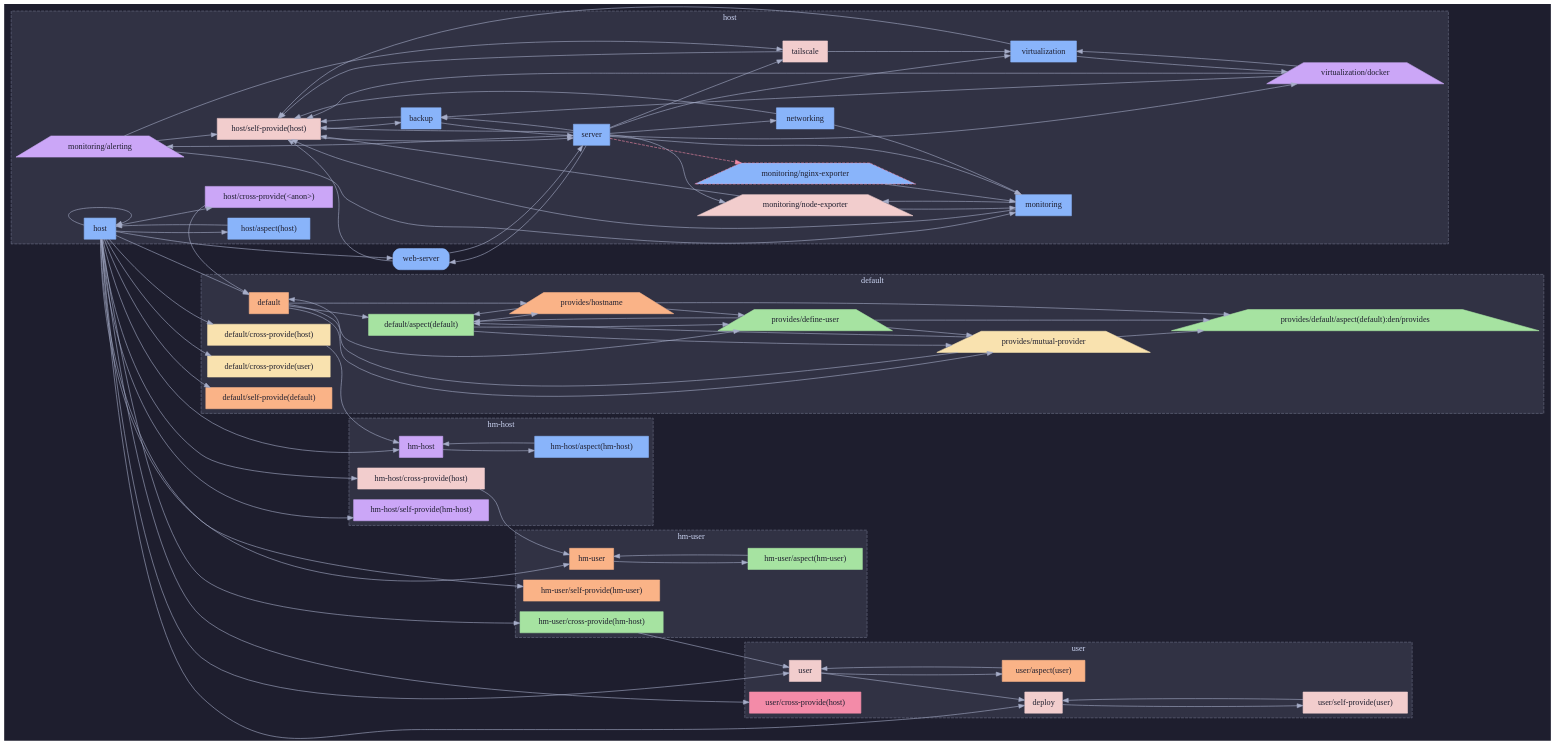
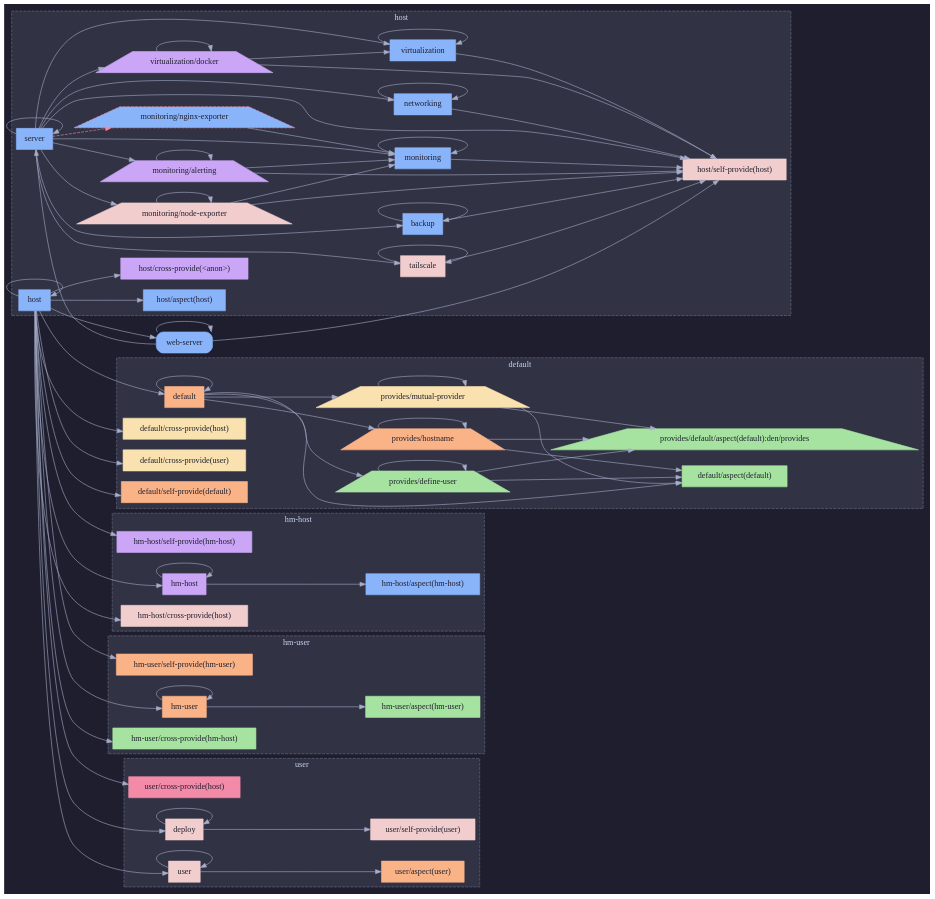
The second of 3 diagrams in templates/diag-fx-demo/diagrams/web-server-dag.md (sini/den), drawn with Graphviz before and after one commit. The commit also changed other lines of this file and 849 other files, not shown here.

Commit message:
chore: update fx diagrams

```diff
--- a/templates/diag-fx-demo/diagrams/web-server-dag.md
+++ b/templates/diag-fx-demo/diagrams/web-server-dag.md
@@ -268,32 +260,28 @@
   user__self_provide_user_ [label="user/self-provide(user)",shape=box,style=filled,fillcolor="#f2cdcd",color="#f2cdcd",fontcolor="#1e1e2e"];
   }
 
+  backup -> backup;
   backup -> host__self_provide_host_;
-  backup -> server;
+  n_default -> n_default;
   n_default -> default__aspect_default_;
   n_default -> den__provides__define_user;
   n_default -> den__provides__hostname;
   n_default -> den__provides__mutual_provider;
-  default__aspect_default_ -> den__provides__define_user;
-  default__aspect_default_ -> den__provides__hostname;
-  default__aspect_default_ -> den__provides__mutual_provider;
-  default__cross_provide_host_ -> hm_host;
   den__provides__define_user -> default__aspect_default_;
   den__provides__define_user -> den__provides__default__aspect_default__den__provides;
-  den__provides__define_user -> den__provides__mutual_provider;
+  den__provides__define_user -> den__provides__define_user;
   den__provides__hostname -> default__aspect_default_;
   den__provides__hostname -> den__provides__default__aspect_default__den__provides;
-  den__provides__hostname -> den__provides__define_user;
-  den__provides__mutual_provider -> n_default;
+  den__provides__hostname -> den__provides__hostname;
   den__provides__mutual_provider -> default__aspect_default_;
   den__provides__mutual_provider -> den__provides__default__aspect_default__den__provides;
+  den__provides__mutual_provider -> den__provides__mutual_provider;
+  deploy -> deploy;
   deploy -> user__self_provide_user_;
+  hm_host -> hm_host;
   hm_host -> hm_host__aspect_hm_host_;
-  hm_host__aspect_hm_host_ -> hm_host;
-  hm_host__cross_provide_host_ -> hm_user;
+  hm_user -> hm_user;
   hm_user -> hm_user__aspect_hm_user_;
-  hm_user__aspect_hm_user_ -> hm_user;
-  hm_user__cross_provide_hm_host_ -> user;
   host -> n_default;
   host -> default__cross_provide_host_;
   host -> default__cross_provide_user_;
@@ -311,17 +299,14 @@
   host -> user;
   host -> user__cross_provide_host_;
   host -> web_server;
-  host__aspect_host_ -> host;
-  host__cross_provide__anon__ -> n_default;
-  host__self_provide_host_ -> backup;
-  host__self_provide_host_ -> server;
   monitoring -> host__self_provide_host_;
-  monitoring -> monitoring__node_exporter;
+  monitoring -> monitoring;
+  monitoring__alerting -> monitoring__alerting;
   monitoring__alerting -> host__self_provide_host_;
-  monitoring__alerting -> tailscale;
   monitoring__node_exporter -> host__self_provide_host_;
+  monitoring__node_exporter -> monitoring__node_exporter;
   networking -> host__self_provide_host_;
-  networking -> monitoring;
+  networking -> networking;
   server -> monitoring__alerting;
   server -> backup;
   server -> virtualization__docker;
@@ -330,21 +315,20 @@
   server -> networking;
   server -> monitoring__nginx_exporter [style=dashed,color="#f38ba8"];
   server -> monitoring__node_exporter;
+  server -> server;
   server -> tailscale;
   server -> virtualization;
-  server -> web_server;
   tailscale -> host__self_provide_host_;
-  tailscale -> virtualization;
-  user -> deploy;
+  tailscale -> tailscale;
+  user -> user;
   user -> user__aspect_user_;
-  user__aspect_user_ -> user;
-  user__self_provide_user_ -> deploy;
-  virtualization -> virtualization__docker;
   virtualization -> host__self_provide_host_;
-  virtualization__docker -> backup;
+  virtualization -> virtualization;
+  virtualization__docker -> virtualization__docker;
   virtualization__docker -> host__self_provide_host_;
   web_server -> host__self_provide_host_;
   web_server -> server;
+  web_server -> web_server;
   monitoring__node_exporter -> monitoring;
   monitoring__nginx_exporter -> monitoring;
   monitoring__alerting -> monitoring;
```
